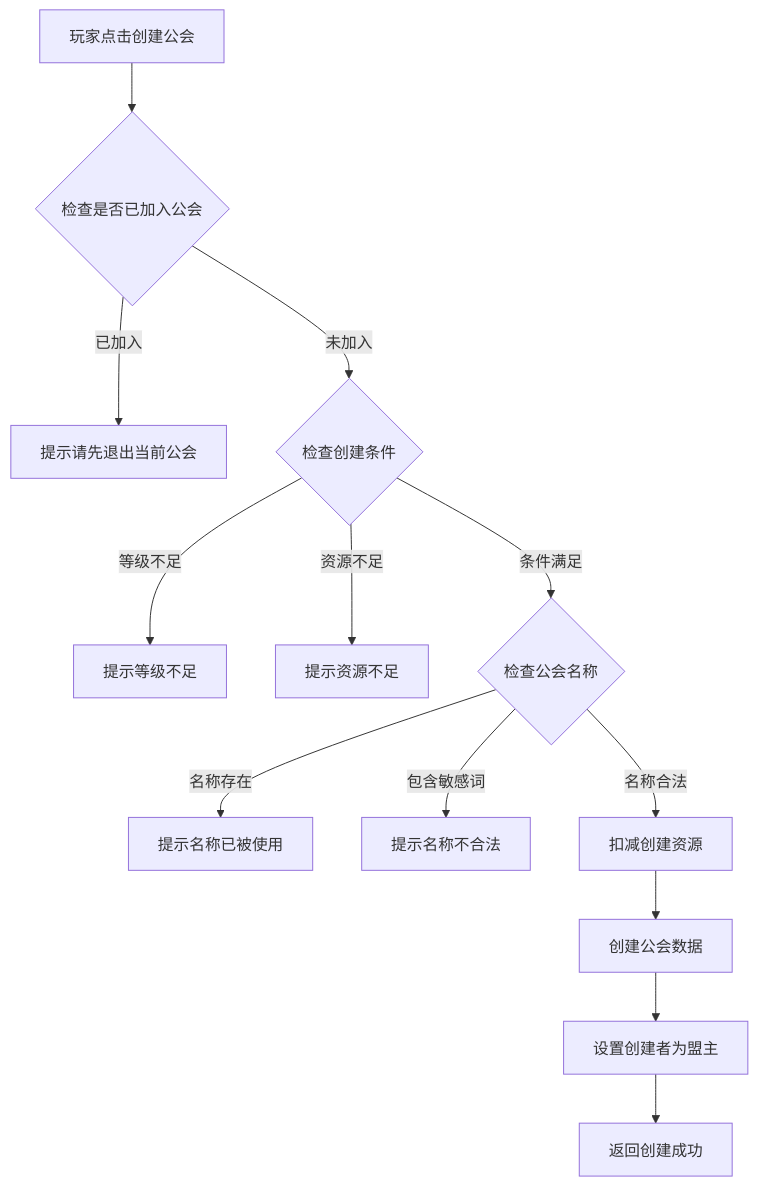
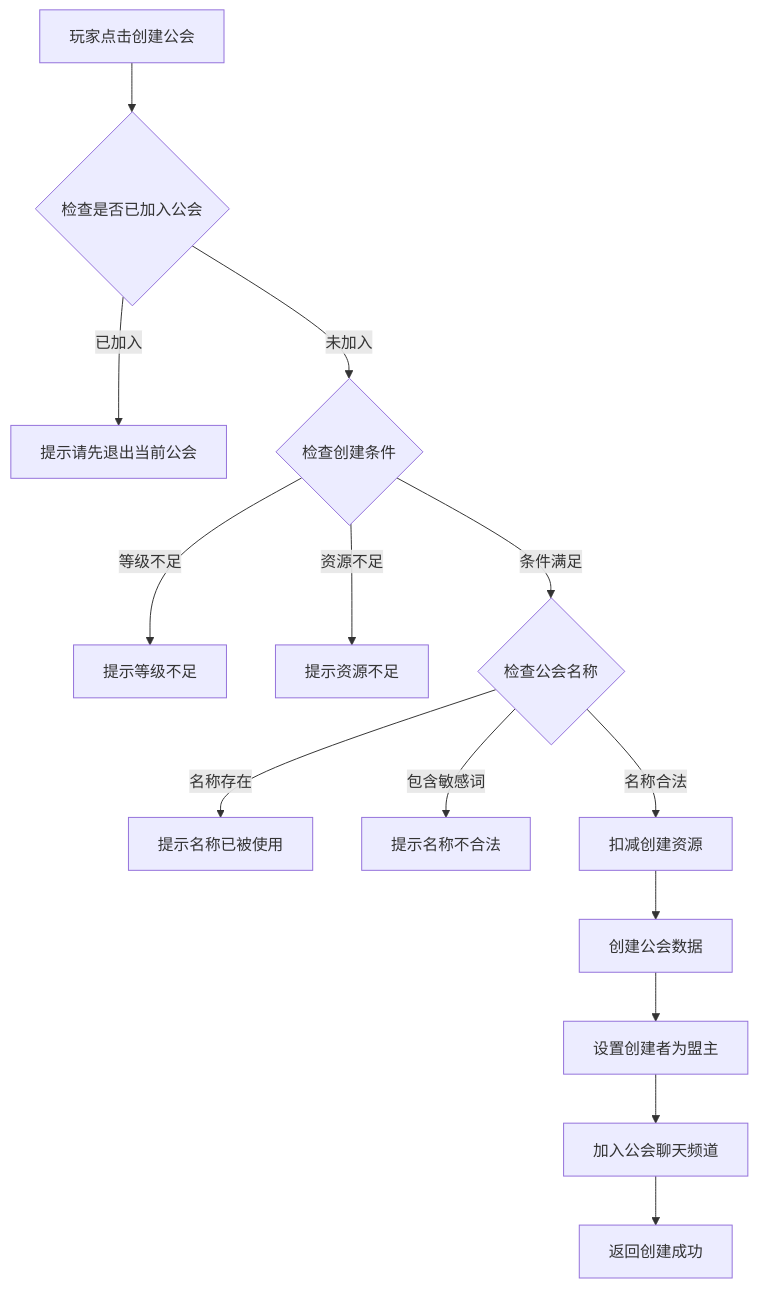
The first of 8 diagrams in docs/Module_Guild/05_完整说明.md (Alan-Ben/k2c_game_framework), drawn with Mermaid before and after one commit. The commit also changed other lines of this file and 75 other files, not shown here.

````diff
--- a/docs/Module_Guild/05_完整说明.md
+++ b/docs/Module_Guild/05_完整说明.md
@@ -85,15 +109,16 @@
 ```mermaid
 flowchart TD
     A[玩家点击创建公会] --> B{检查是否已加入公会}
     B -->|已加入| C[提示请先退出当前公会]
     B -->|未加入| D{检查创建条件}
     D -->|等级不足| E[提示等级不足]
     D -->|资源不足| F[提示资源不足]
     D -->|条件满足| G{检查公会名称}
     G -->|名称存在| H[提示名称已被使用]
     G -->|包含敏感词| I[提示名称不合法]
     G -->|名称合法| J[扣减创建资源]
     J --> K[创建公会数据]
     K --> L[设置创建者为盟主]
-    L --> M[返回创建成功]
+    L --> M[加入公会聊天频道]
+    M --> N[返回创建成功]
 ```
````
